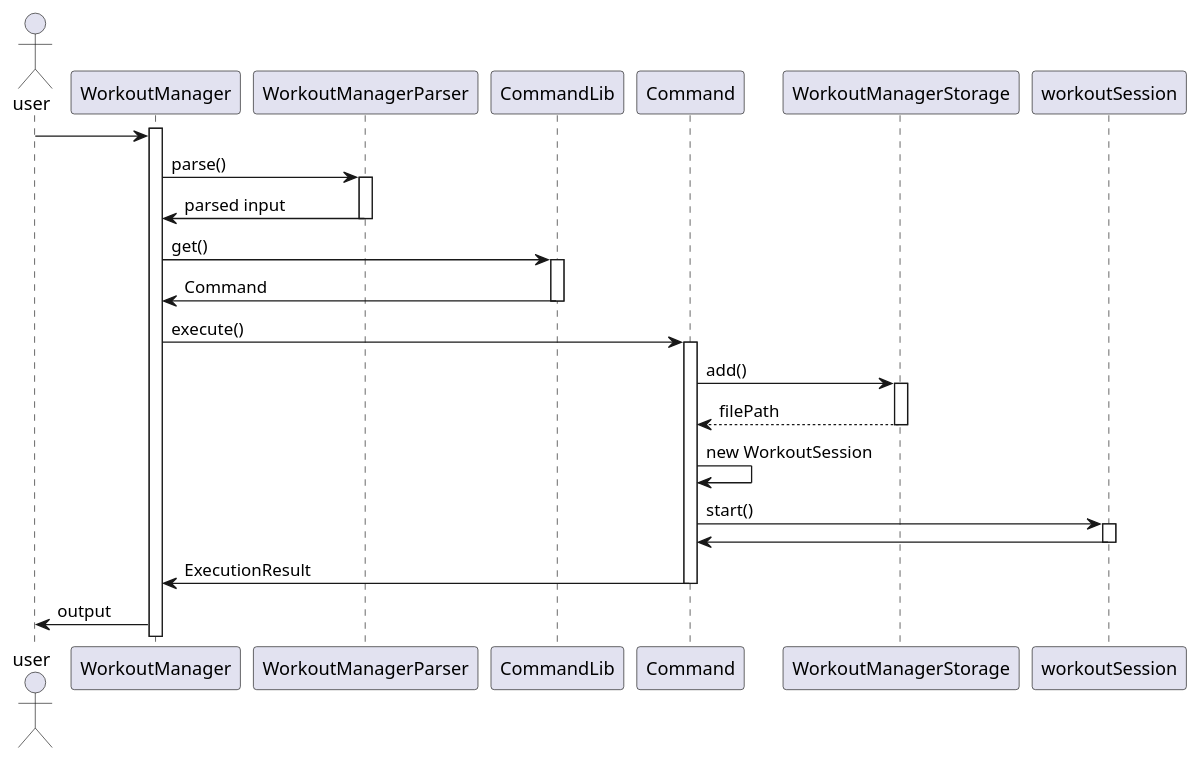
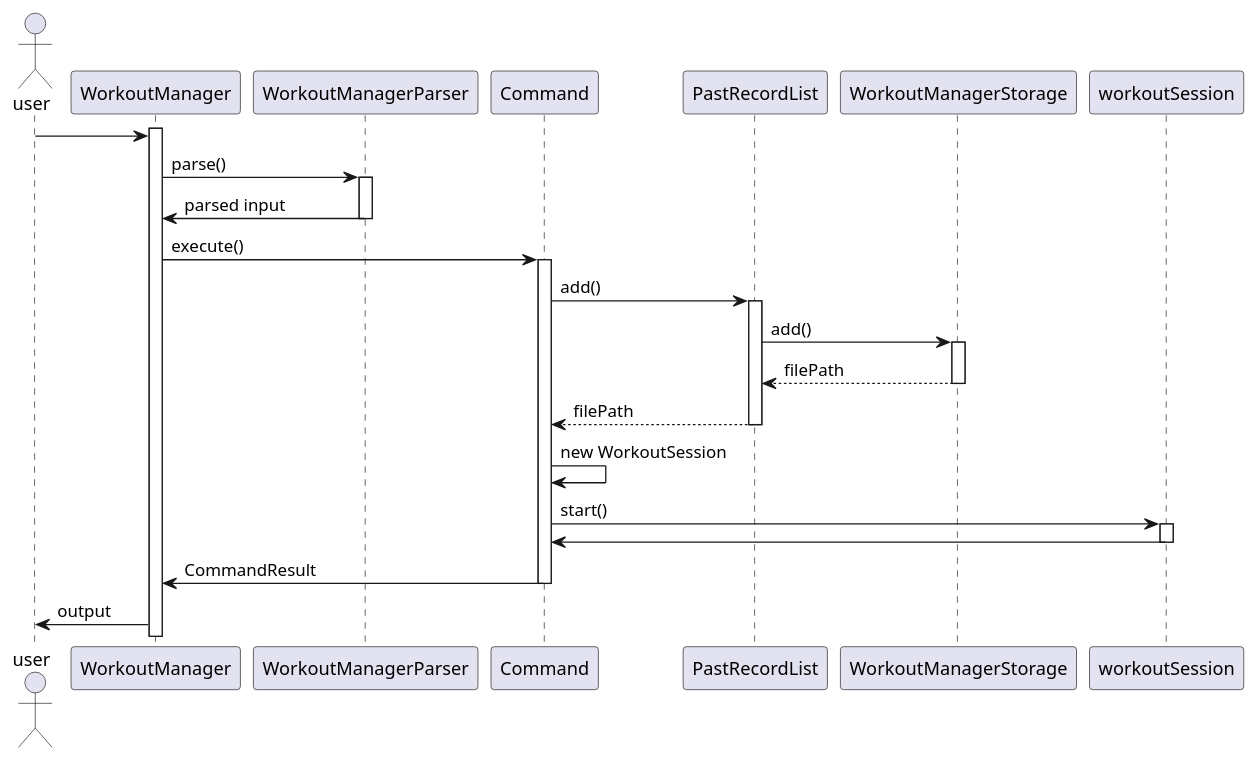
Before and after one commit to zsk612/tp: the diagram in docs/pictures/zesong/NewWS.puml, drawn with PlantUML. The commit also changed 6 other files, not shown here.

```diff
--- a/docs/pictures/zesong/NewWS.puml
+++ b/docs/pictures/zesong/NewWS.puml
@@ -1,34 +1,35 @@
 @startuml
 actor user
 activate WorkoutManager
 user -> WorkoutManager
 WorkoutManager -> WorkoutManagerParser : parse()
 activate WorkoutManagerParser
 WorkoutManagerParser -> WorkoutManager : parsed input
 deactivate WorkoutManagerParser
 
-WorkoutManager -> CommandLib : get()
-activate CommandLib
-CommandLib -> WorkoutManager : Command
-deactivate CommandLib
-
 WorkoutManager -> Command : execute()
 activate Command
 
-Command -> WorkoutManagerStorage : add()
+Command -> PastRecordList : add()
+activate PastRecordList
+
+PastRecordList -> WorkoutManagerStorage : add()
 activate WorkoutManagerStorage
-WorkoutManagerStorage --> Command : filePath
+WorkoutManagerStorage --> PastRecordList : filePath
 deactivate WorkoutManagerStorage
+
+PastRecordList --> Command : filePath
+deactivate PastRecordList
 
 Command -> Command : new WorkoutSession
 Command -> workoutSession : start()
 activate workoutSession
 workoutSession -> Command
 deactivate workoutSession
 
-Command -> WorkoutManager : ExecutionResult
+Command -> WorkoutManager : CommandResult
 deactivate Command
 
 WorkoutManager ->  user : output
 
 @enduml
```
